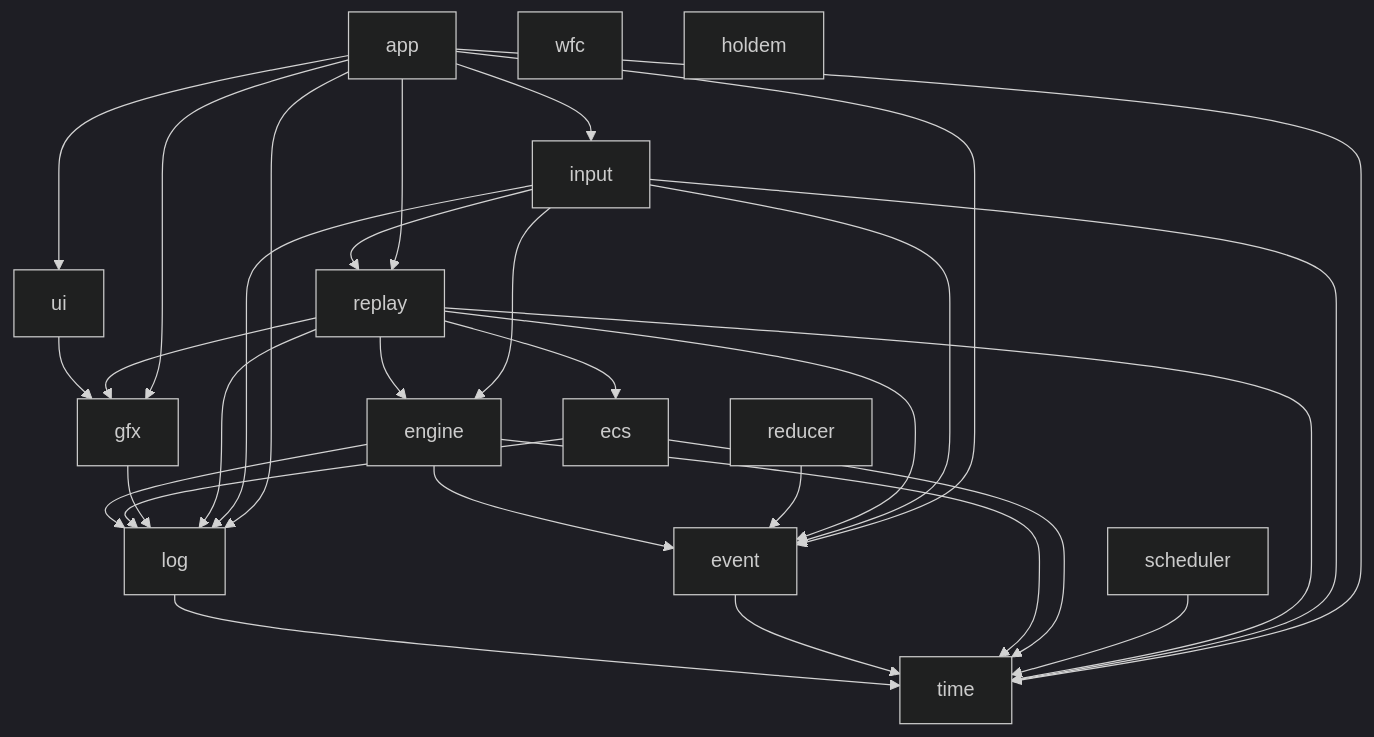
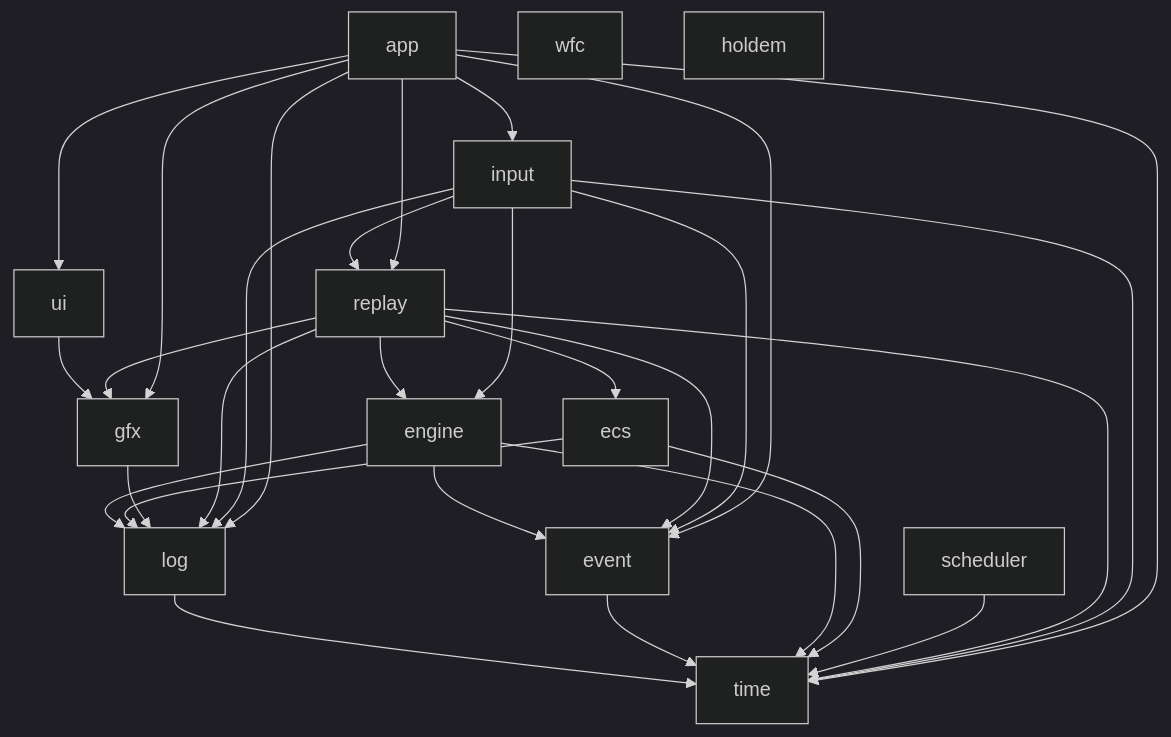
Before and after one commit to antwika/antwika: the second of 2 diagrams in wiki/Architecture.md, drawn with Mermaid (dark theme). The commit also changed other lines of this file and 15 other files, not shown here.

````diff
--- a/wiki/Architecture.md
+++ b/wiki/Architecture.md
@@ -76,47 +76,45 @@
 ```mermaid
 graph TD
     time[time]
     log[log]
     event[event]
     engine[engine]
     ecs[ecs]
     gfx[gfx]
     replay[replay]
     input[input]
-    reducer[reducer]
     scheduler[scheduler]
     ui[ui]
     app[app]
     wfc[wfc]
     holdem[holdem]
 
     log --> time
     event --> time
     engine --> event
     engine --> log
     engine --> time
     ecs --> log
     ecs --> time
     gfx --> log
-    reducer --> event
     scheduler --> time
     ui --> gfx
     replay --> ecs
     replay --> engine
     replay --> event
     replay --> gfx
     replay --> log
     replay --> time
     input --> engine
     input --> event
     input --> log
     input --> replay
     input --> time
     app --> event
     app --> gfx
     app --> input
     app --> log
     app --> replay
     app --> time
     app --> ui
 ```
````
